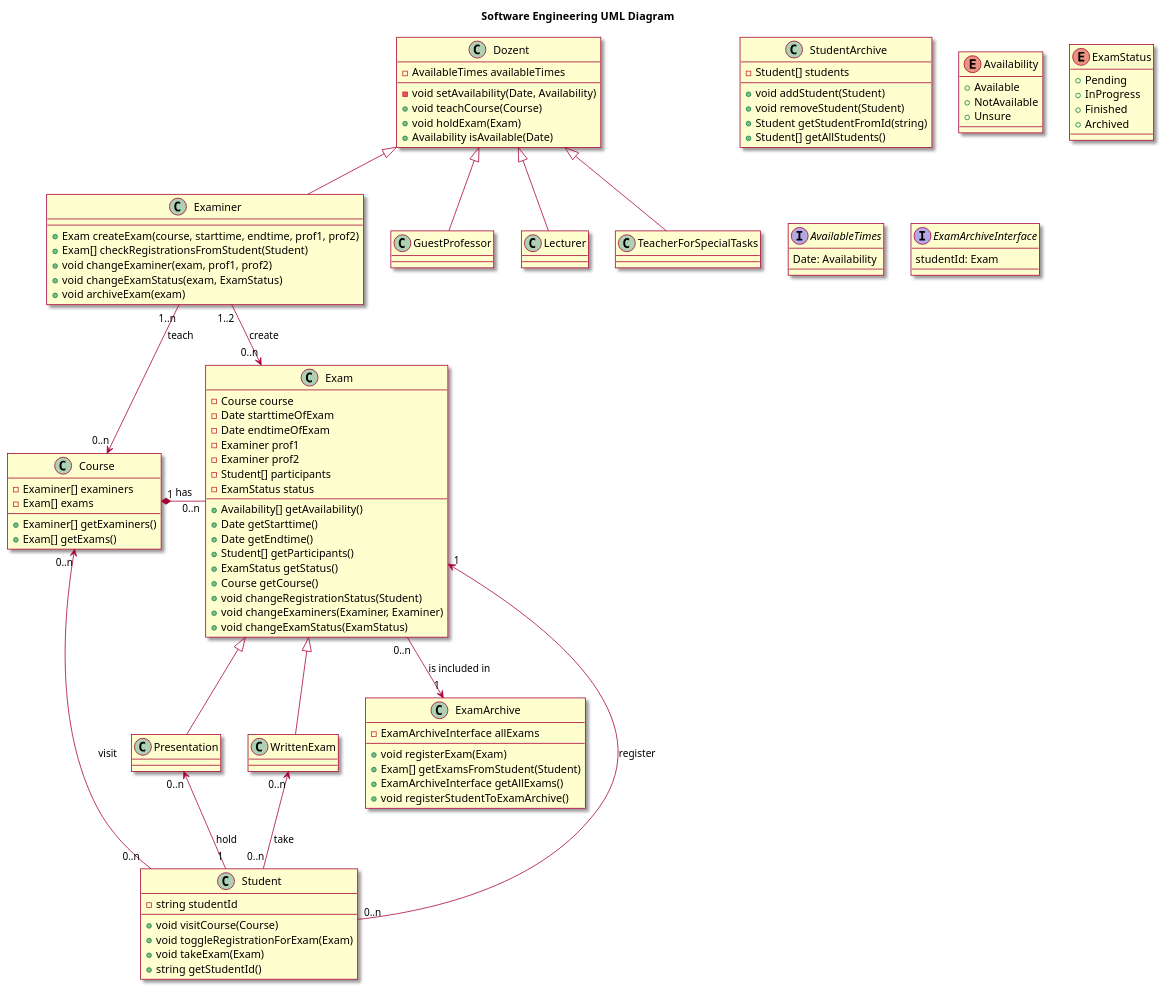
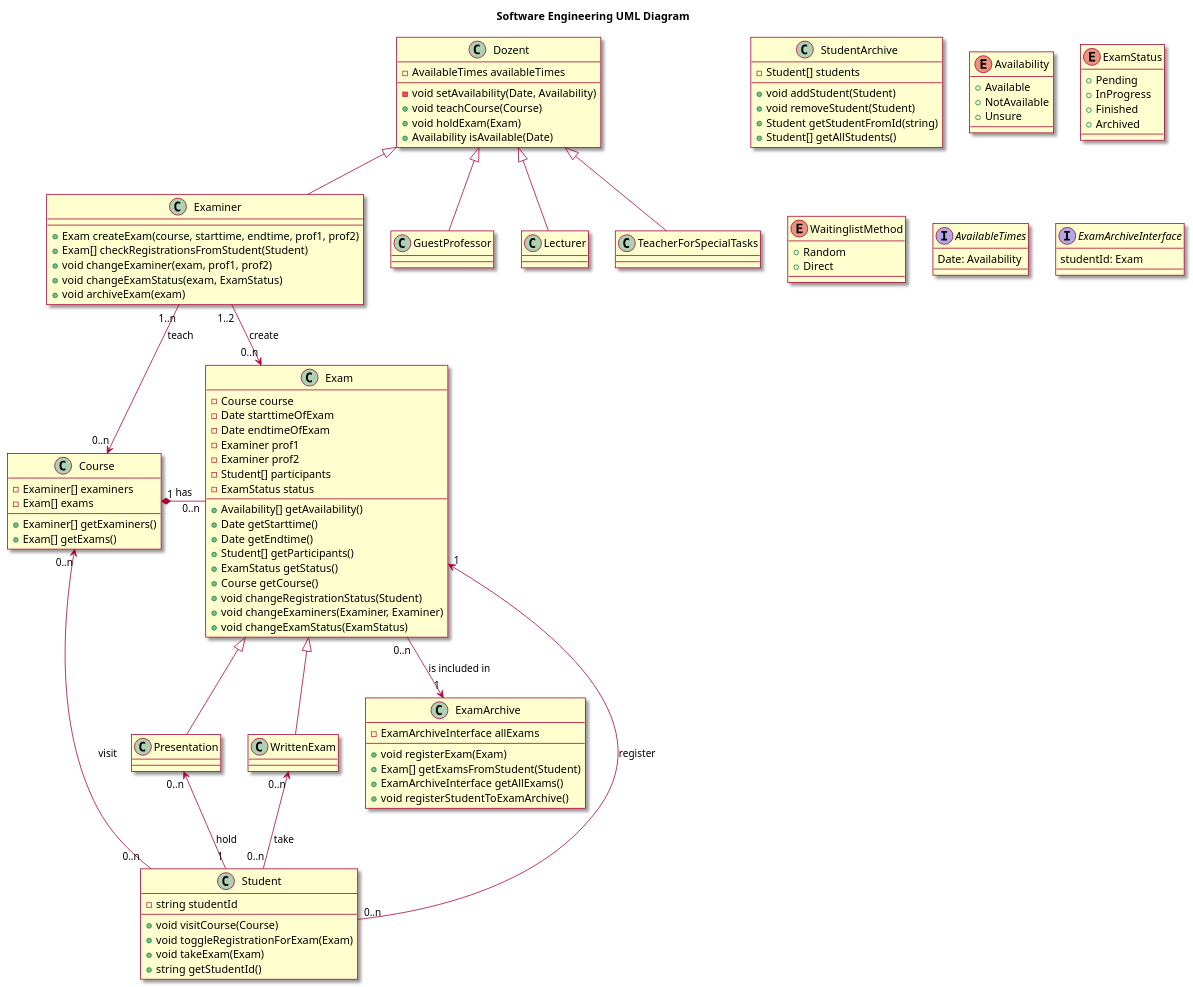
One commit to alexanderreiprich/Softwareengineering changed the diagram in diagrams/uml.puml. Above: the diagram before and after it, drawn with PlantUML. The commit also changed 8 other files, not shown here.

```diff
--- a/diagrams/uml.puml
+++ b/diagrams/uml.puml
@@ -1,109 +1,114 @@
 @startuml name 
 
 title Software Engineering UML Diagram
 skin rose
 
 class Dozent {
   -AvailableTimes availableTimes
   -void setAvailability(Date, Availability)
   +void teachCourse(Course)
   +void holdExam(Exam)
   +Availability isAvailable(Date)
 }
 
 class Examiner extends Dozent {
   +Exam createExam(course, starttime, endtime, prof1, prof2)
   +Exam[] checkRegistrationsFromStudent(Student)
   +void changeExaminer(exam, prof1, prof2)
   +void changeExamStatus(exam, ExamStatus)
   +void archiveExam(exam)
 }
 
 class GuestProfessor extends Dozent {}
 class Lecturer extends Dozent {}
 class TeacherForSpecialTasks extends Dozent {}
 
 class Student {
   -string studentId
   +void visitCourse(Course)
   +void toggleRegistrationForExam(Exam)
   +void takeExam(Exam)
   +string getStudentId()
 }
 
 class Exam {
   -Course course
   -Date starttimeOfExam
   -Date endtimeOfExam
   -Examiner prof1
   -Examiner prof2
   -Student[] participants
   -ExamStatus status
   +Availability[] getAvailability()
   +Date getStarttime()
   +Date getEndtime()
   +Student[] getParticipants()
   +ExamStatus getStatus()
   +Course getCourse()
   +void changeRegistrationStatus(Student)
   +void changeExaminers(Examiner, Examiner)
   +void changeExamStatus(ExamStatus)
 }
 
 class ExamArchive {
   -ExamArchiveInterface allExams
   +void registerExam(Exam)
   +Exam[] getExamsFromStudent(Student)
   +ExamArchiveInterface getAllExams()
   +void registerStudentToExamArchive()
 }
 
 class StudentArchive {
   -Student[] students
   +void addStudent(Student)
   +void removeStudent(Student)
   +Student getStudentFromId(string)
   +Student[] getAllStudents()
 }
 
 class Presentation extends Exam {}
 class WrittenExam extends Exam {}
 
 class Course {
   -Examiner[] examiners
   -Exam[] exams
   +Examiner[] getExaminers()
   +Exam[] getExams()
 }
 
 enum Availability {
   +Available
   +NotAvailable
   +Unsure
 }
 
 enum ExamStatus {
   +Pending
   +InProgress
   +Finished
   +Archived
 }
 
+enum WaitinglistMethod {
+  +Random
+  +Direct
+}
+
 interface AvailableTimes {
   Date: Availability
 }
 
 interface ExamArchiveInterface {
   studentId: Exam
 }
 
 Student "0..n" -up-> "0..n" Course: visit
 Student "0..n" -up-> "0..n" WrittenExam: take
 Student "1" -up-> "0..n" Presentation: hold
 Student "0..n" --> "1" Exam: register
 Examiner "1..n" -down-> "0..n" Course: teach
 Examiner "1..2" -down-> "0..n" Exam: create
 Exam "0..n" -left-* "1" Course: has
 Exam "0..n" --> "1" ExamArchive: is included in
 
 @enduml
```
